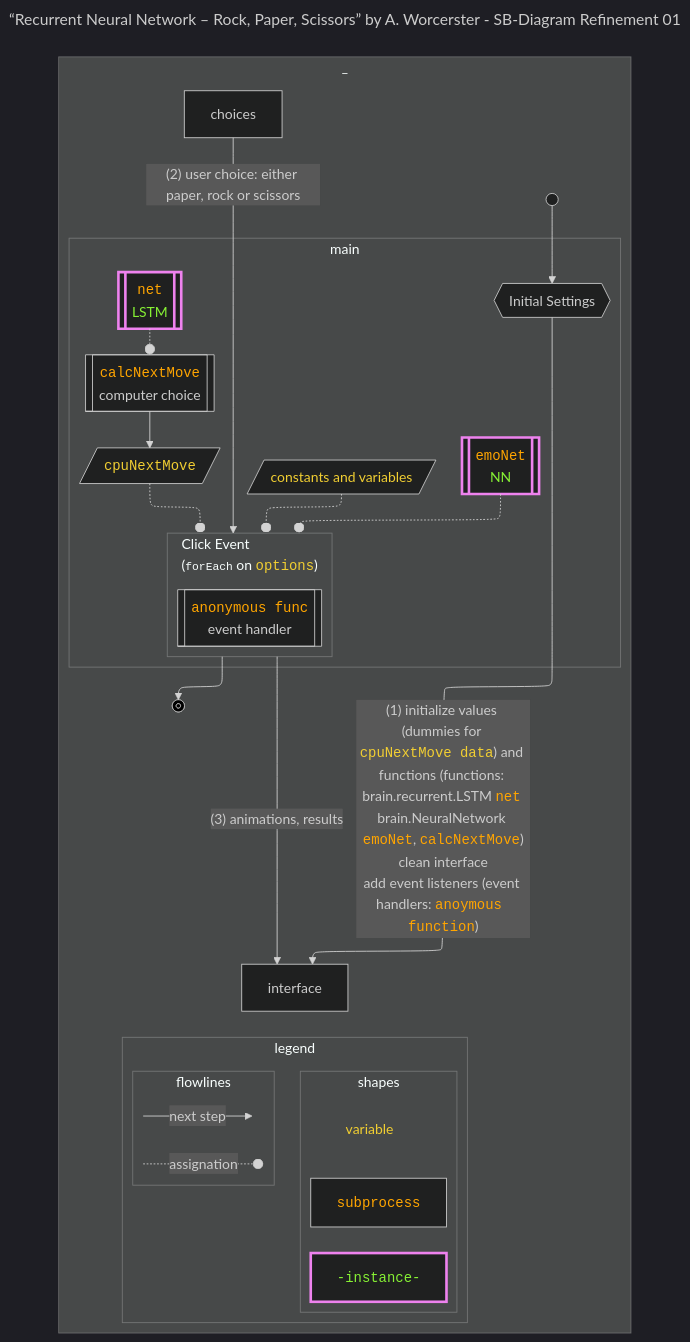
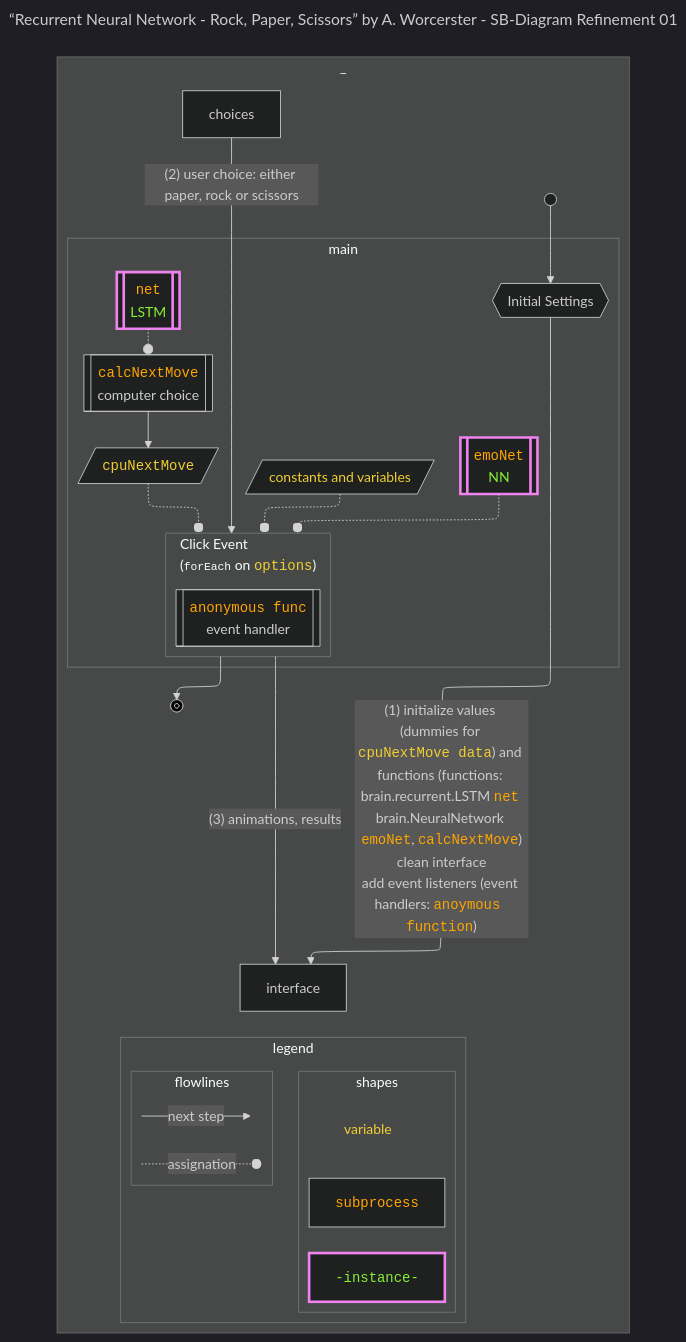
Before and after one commit to chanhi2000/bookshelf: the fourth of 8 diagrams in src/freecodecamp.org/how-to-become-an-analytical-programmer-compare-five-projects/5-recurrent-neural-network-rock-paper-scissors-by-andrew-worcerster-a-project-implementing-ai.md, drawn with Mermaid. The commit also changed other lines of this file and 2722 other files, not shown here.

````diff
--- a/src/freecodecamp.org/how-to-become-an-analytical-programmer-compare-five-projects/5-recurrent-neural-network-rock-paper-scissors-by-andrew-worcerster-a-project-implementing-ai.md
+++ b/src/freecodecamp.org/how-to-become-an-analytical-programmer-compare-five-projects/5-recurrent-neural-network-rock-paper-scissors-by-andrew-worcerster-a-project-implementing-ai.md
@@ -212,55 +212,55 @@
 ```mermaid
 ---
-title: “Recurrent Neural Network – Rock, Paper, Scissors” by A. Worcerster - SB-Diagram Refinement 01
+title: “Recurrent Neural Network - Rock, Paper, Scissors” by A. Worcerster - SB-Diagram Refinement 01
 config:
     theme: dark
     layout: "elk"
     flowchart:
         nodeSpacing: 50
         rankSpacing: 50
 ---
 flowchart TD
 subgraph _
 subgraph main
 init
 constvar@{shape: lean-r, label: "<span style="color:#f1ce32">constants and variables</span>"} -.-o clickEventListener
 LSTM@{shape: fr-rect, label: "<code style="color:orange">net</code><br/>LSTM"} -.-o calcNextMove
 calcNextMove@{shape: fr-rect, label: "<code style="color:orange">calcNextMove</code><br/>computer choice"} --> cpuNextMove@{shape: lean-r, label: "<code style="color:#f1ce32">cpuNextMove</code>"}
 NN@{shape: fr-rect, label: "<code style="color:orange">emoNet</code><br/>NN"} -.-o clickEventListener
 cpuNextMove -.-o clickEventListener
 subgraph clickEventListener["Click Event<br/>(<code style="font-size:13px">forEach</code> on <code style="color:#f1ce32">options</code>)"]
     eventHandler@{shape: fr-rect, label: "<code style="color:orange">anonymous func</code><br/>event handler"}
 end
 end
 init --> |"(1) initialize values (dummies for <code style="color:#f1ce32">cpuNextMove data</code>) and functions (functions: brain.recurrent.LSTM <code style="color:orange">net</code> brain.NeuralNetwork <code style="color:orange">emoNet</code>, <code style="color:orange">calcNextMove</code>)<br>clean interface<br>add event listeners (event handlers: <code style="color:orange">anoymous function</code>)"|interface
 clickEventListener --> stop@{shape: framed-circle}
 start@{shape: start} --> init@{shape: hex, label: "Initial Settings"}
 choices --> |"(2) user choice: either paper, rock or scissors"| clickEventListener
 clickEventListener --> |"(3) animations, results"| interface
 
 subgraph legend
       direction LR
       subgraph flowlines
         start1[ ] -->|"next step"| stop1[ ]
         style start1 height:0px;
         style stop1 height:0px;
         start2[ ] -.-o|"assignation"| stop2[ ]
         style start2 height:0px;
         style stop2 height:0px;
       end
       subgraph shapes
       variable["variable"]
       style variable width:135px, fill:none, stroke:none, color:#f1ce32
       subprocess[<code style="color:orange;">subprocess</code>]
       instance[<code style="color:#87f134;">-instance-</code>]
       style instance stroke:violet, stroke-width: 3px;
       end
 end
 end
 interface ~~~ legend
 
 style start fill:black
 style stop fill:black, fill-stroke:white
 classDef inst fill:#1f2020, color:#87f134, stroke:violet, stroke-width: 3px
 class NN,LSTM inst
 ```
````
